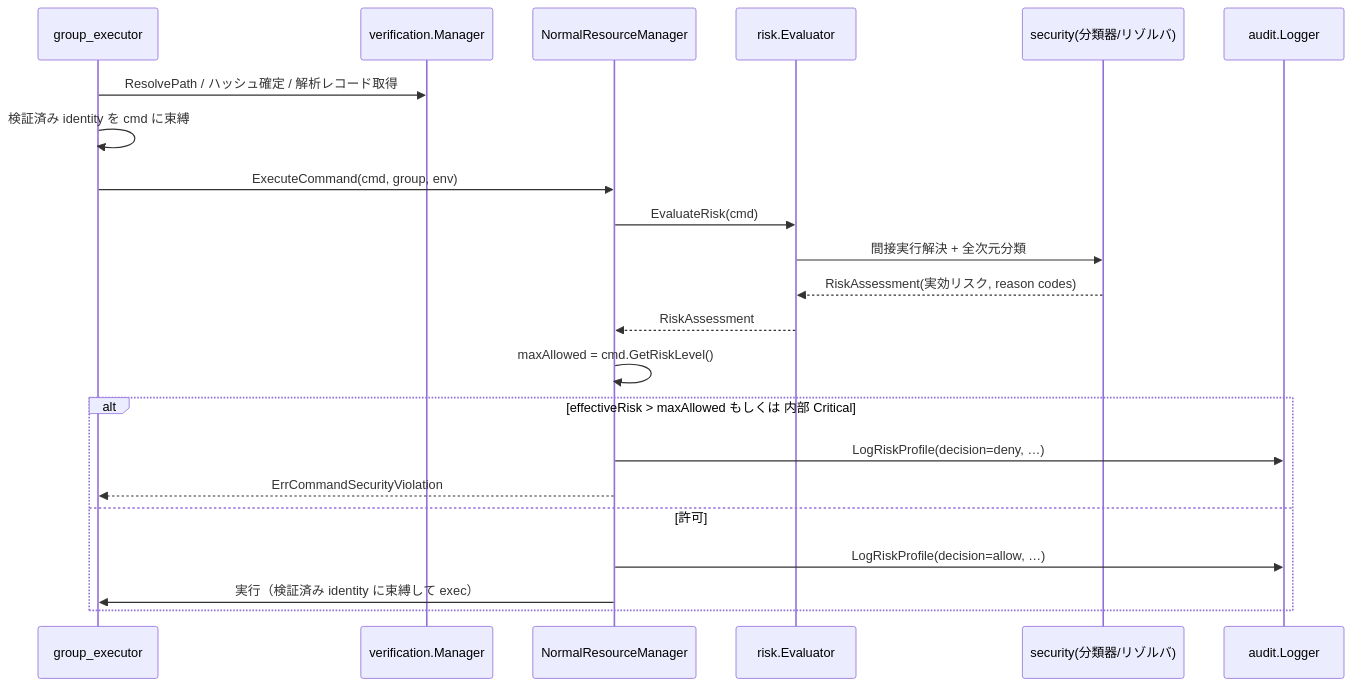
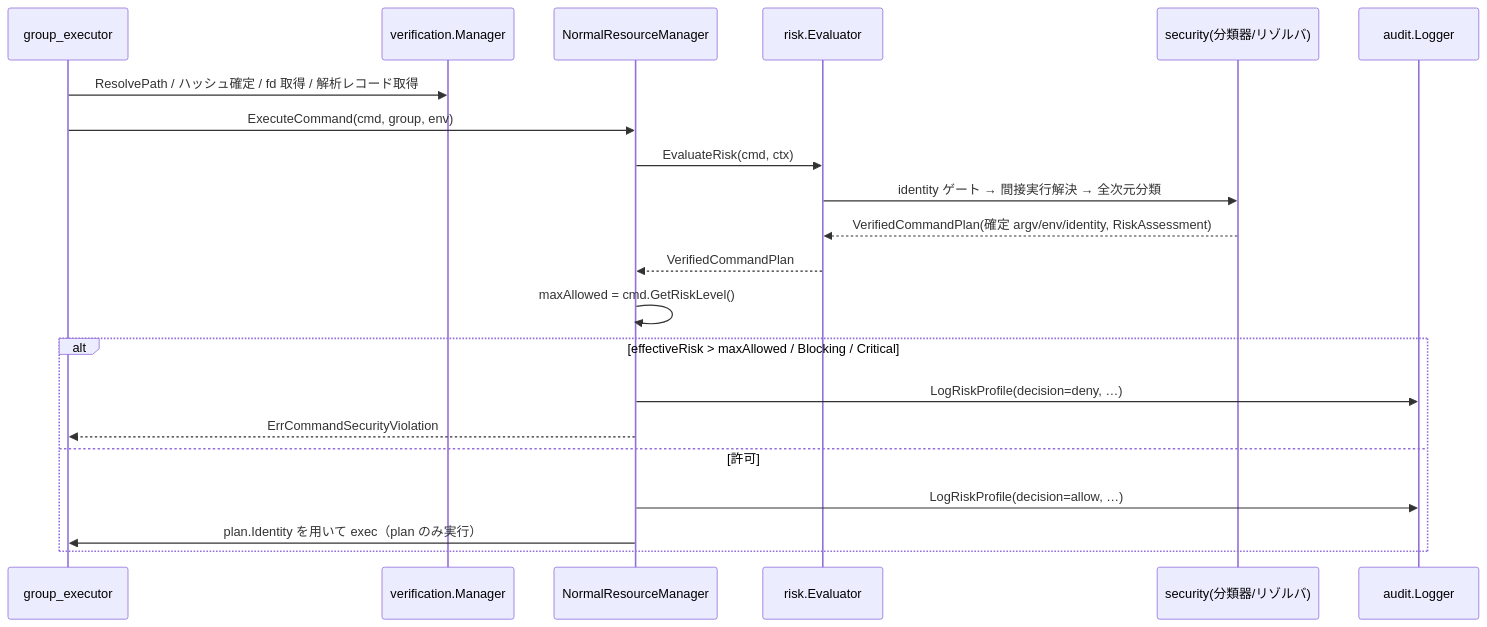
Before and after one commit to isseis/go-safe-cmd-runner: the seventh of 12 diagrams in docs/tasks/0136_runtime_risk_evaluation_enforcement/02_architecture.md, drawn with Mermaid. The commit also changed other lines of this file, not shown here.

````diff
--- a/docs/tasks/0136_runtime_risk_evaluation_enforcement/02_architecture.md
+++ b/docs/tasks/0136_runtime_risk_evaluation_enforcement/02_architecture.md
@@ -187,25 +188,24 @@
 ```mermaid
 sequenceDiagram
     participant GE as group_executor
     participant VM as verification.Manager
     participant RM as NormalResourceManager
     participant EV as risk.Evaluator
     participant SEC as security(分類器/リゾルバ)
     participant AL as audit.Logger
 
-    GE->>VM: ResolvePath / ハッシュ確定 / 解析レコード取得
-    GE->>GE: 検証済み identity を cmd に束縛
+    GE->>VM: ResolvePath / ハッシュ確定 / fd 取得 / 解析レコード取得
     GE->>RM: ExecuteCommand(cmd, group, env)
-    RM->>EV: EvaluateRisk(cmd)
-    EV->>SEC: 間接実行解決 + 全次元分類
-    SEC-->>EV: RiskAssessment(実効リスク, reason codes)
-    EV-->>RM: RiskAssessment
+    RM->>EV: EvaluateRisk(cmd, ctx)
+    EV->>SEC: identity ゲート → 間接実行解決 → 全次元分類
+    SEC-->>EV: VerifiedCommandPlan(確定 argv/env/identity, RiskAssessment)
+    EV-->>RM: VerifiedCommandPlan
     RM->>RM: maxAllowed = cmd.GetRiskLevel()
-    alt effectiveRisk > maxAllowed もしくは 内部 Critical
+    alt effectiveRisk > maxAllowed / Blocking / Critical
         RM->>AL: LogRiskProfile(decision=deny, …)
         RM-->>GE: ErrCommandSecurityViolation
     else 許可
         RM->>AL: LogRiskProfile(decision=allow, …)
-        RM->>GE: 実行（検証済み identity に束縛して exec）
+        RM->>GE: plan.Identity を用いて exec（plan のみ実行）
     end
 ```
````
